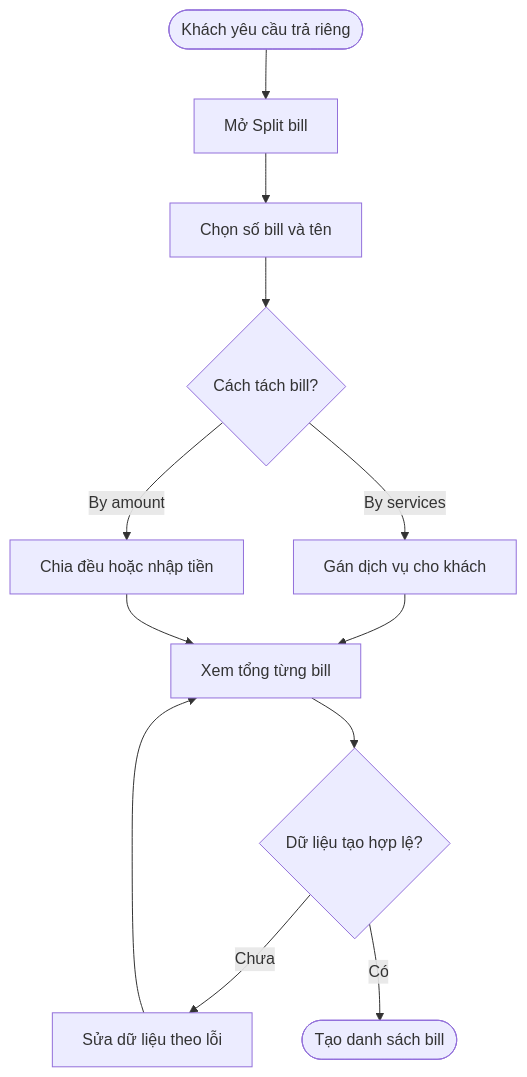
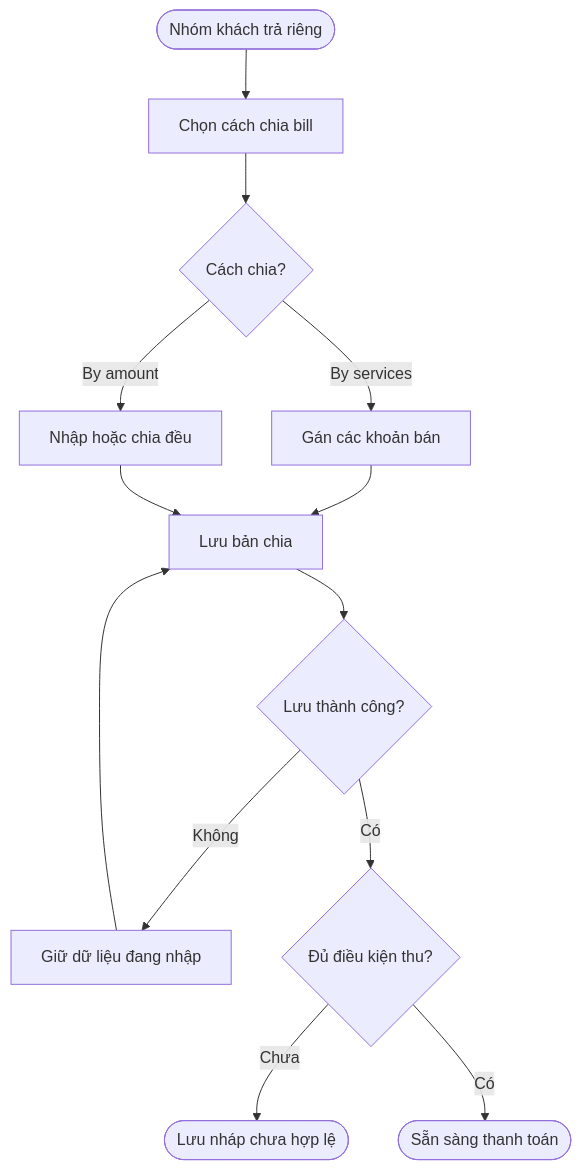
Before and after one commit to maivtn/taxiq: the first of 8 diagrams in docs/business/checkout-split-bill.md, drawn with Mermaid. The commit also changed other lines of this file, not shown here.

Commit message:
docs: expand split bill proposal to 22 user stories

````diff
--- a/docs/business/checkout-split-bill.md
+++ b/docs/business/checkout-split-bill.md
@@ -63,14 +147,15 @@
 ```mermaid
 flowchart TD
-    A([Khách yêu cầu trả riêng]) --> B[Mở Split bill]
-    B --> C[Chọn số bill và tên]
-    C --> D{Cách tách bill?}
-    D -- By services --> E[Gán dịch vụ cho khách]
-    D -- By amount --> F[Chia đều hoặc nhập tiền]
-    E --> G[Xem tổng từng bill]
-    F --> G
-    G --> H{Dữ liệu tạo hợp lệ?}
-    H -- Chưa --> I[Sửa dữ liệu theo lỗi]
-    I --> G
-    H -- Có --> J([Tạo danh sách bill])
+    A([Nhóm khách trả riêng]) --> B[Chọn cách chia bill]
+    B --> C{Cách chia?}
+    C -- By services --> D[Gán các khoản bán]
+    C -- By amount --> E[Nhập hoặc chia đều]
+    D --> F[Lưu bản chia]
+    E --> F
+    F --> G{Lưu thành công?}
+    G -- Không --> H[Giữ dữ liệu đang nhập]
+    H --> F
+    G -- Có --> I{Đủ điều kiện thu?}
+    I -- Chưa --> J([Lưu nháp chưa hợp lệ])
+    I -- Có --> K([Sẵn sàng thanh toán])
 ```
````
